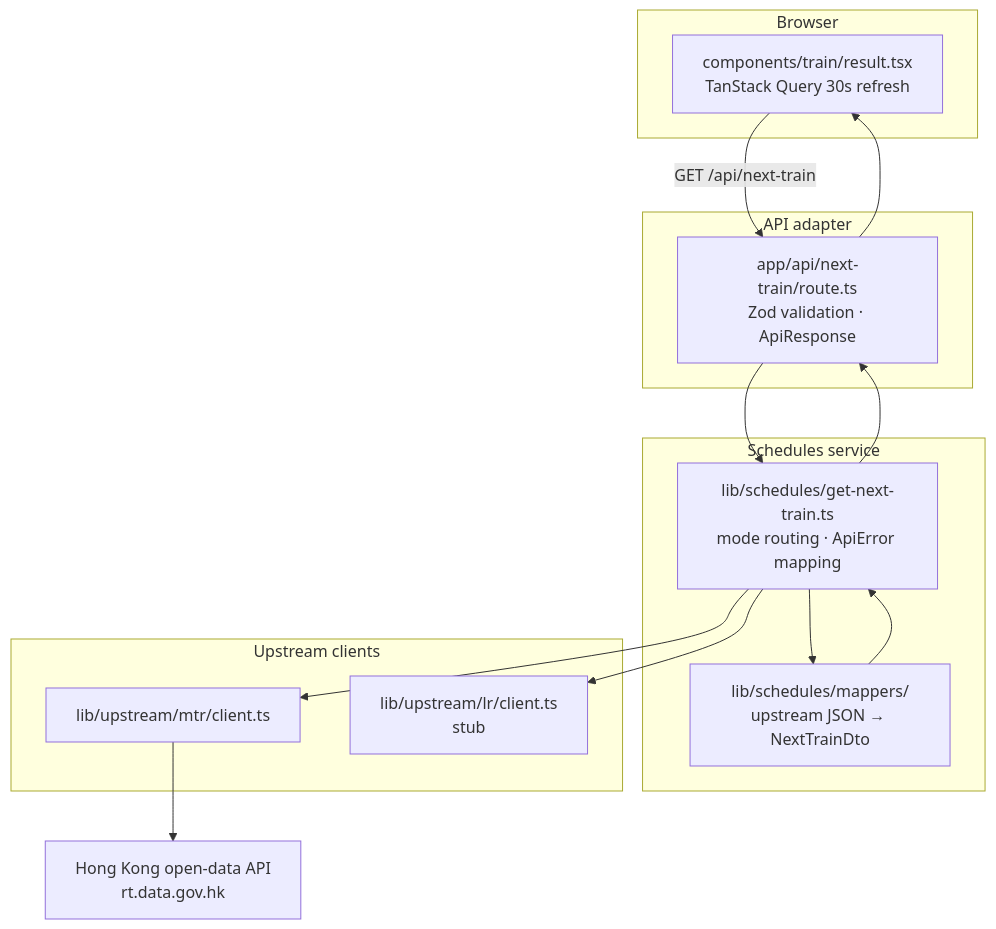
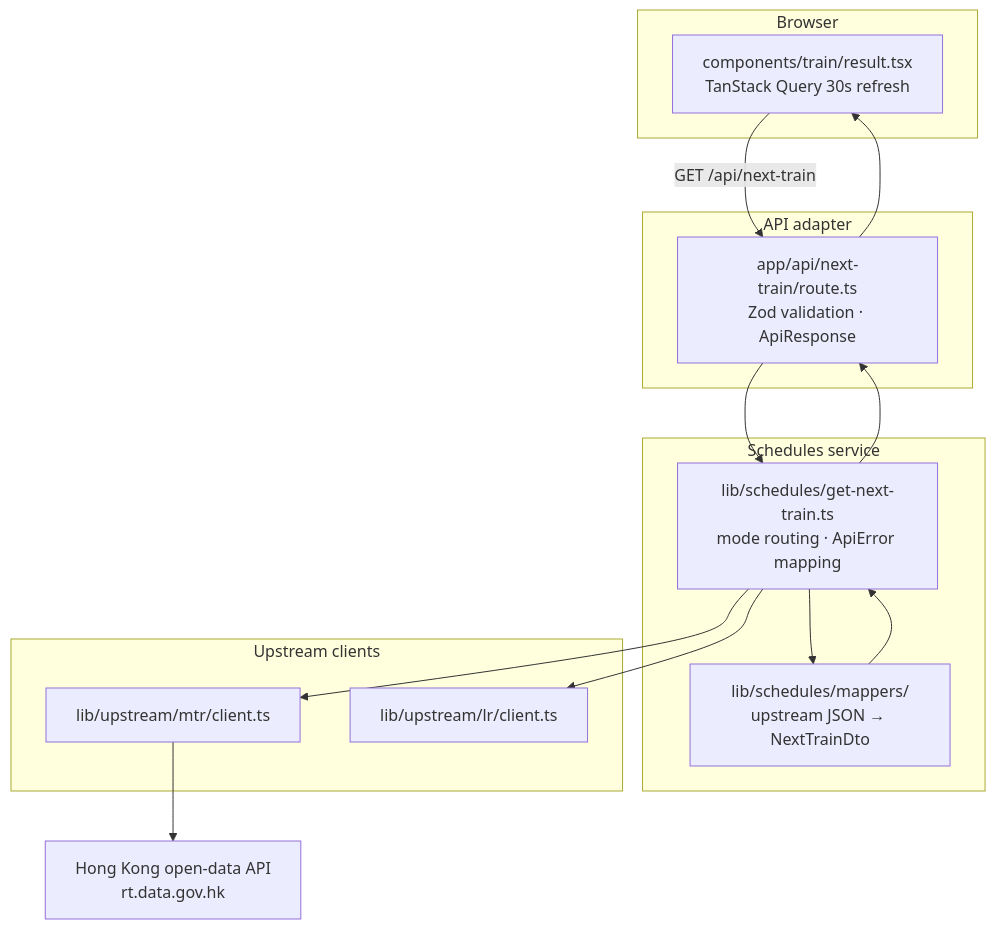
Before and after one commit to tchmhkg/nextjs-mtr: the first of 4 diagrams in README.md, drawn with Mermaid. The commit also changed other lines of this file and 34 other files, not shown here.

````diff
--- a/README.md
+++ b/README.md
@@ -65,32 +66,32 @@
 ```mermaid
 flowchart TB
   subgraph browser [Browser]
     Result["components/train/result.tsx<br/>TanStack Query 30s refresh"]
   end
 
   subgraph apiLayer [API adapter]
     Route["app/api/next-train/route.ts<br/>Zod validation · ApiResponse"]
   end
 
   subgraph schedulesService [Schedules service]
     GetNextTrain["lib/schedules/get-next-train.ts<br/>mode routing · ApiError mapping"]
     Mappers["lib/schedules/mappers/<br/>upstream JSON → NextTrainDto"]
   end
 
   subgraph upstreamLayer [Upstream clients]
     MtrClient["lib/upstream/mtr/client.ts"]
-    LrClient["lib/upstream/lr/client.ts<br/>stub"]
+    LrClient["lib/upstream/lr/client.ts"]
   end
 
   GovApi["Hong Kong open-data API<br/>rt.data.gov.hk"]
 
   Result -->|"GET /api/next-train"| Route
   Route --> GetNextTrain
   GetNextTrain --> Mappers
   GetNextTrain --> MtrClient
   GetNextTrain --> LrClient
   MtrClient --> GovApi
   Mappers --> GetNextTrain
   GetNextTrain --> Route
   Route --> Result
 ```
````
